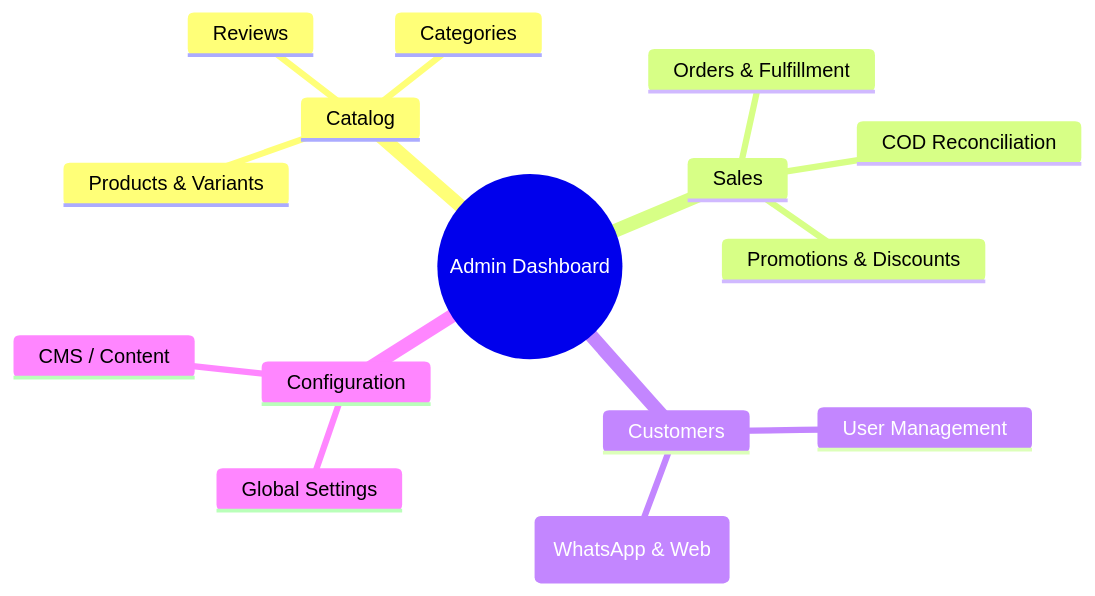
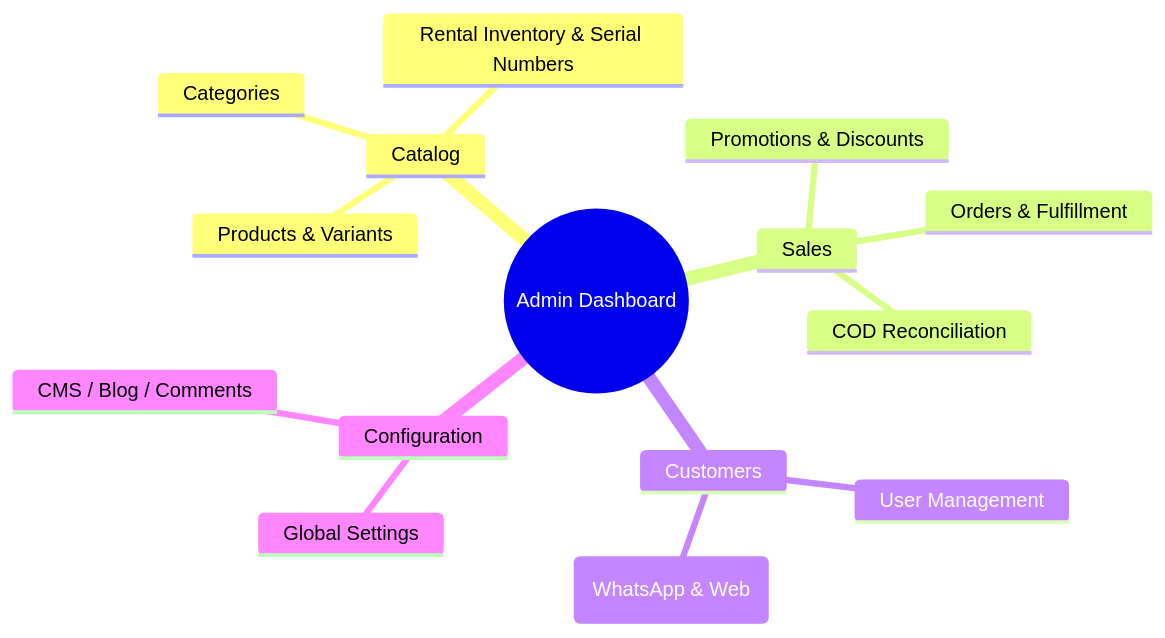
The second of 2 diagrams in docs/USER_MANUAL.md (Paralava-Technologies/sarangi-jewels), drawn with Mermaid before and after one commit. The commit also changed other lines of this file and 33 other files, not shown here.

Commit message:
feat: Go-live finalization - Bug fixes, Blog CMS, Meta CRM integrations, and comprehensive documentation updates

````diff
--- a/docs/USER_MANUAL.md
+++ b/docs/USER_MANUAL.md
@@ -57,18 +85,18 @@
 ```mermaid
 mindmap
   root((Admin Dashboard))
     Catalog
       Products & Variants
+      Rental Inventory & Serial Numbers
       Categories
-      Reviews
     Sales
       Orders & Fulfillment
       COD Reconciliation
       Promotions & Discounts
     Customers
       User Management
       Support Inbox (WhatsApp & Web)
     Configuration
       Global Settings
-      CMS / Content
+      CMS / Blog / Comments
 ```
````
